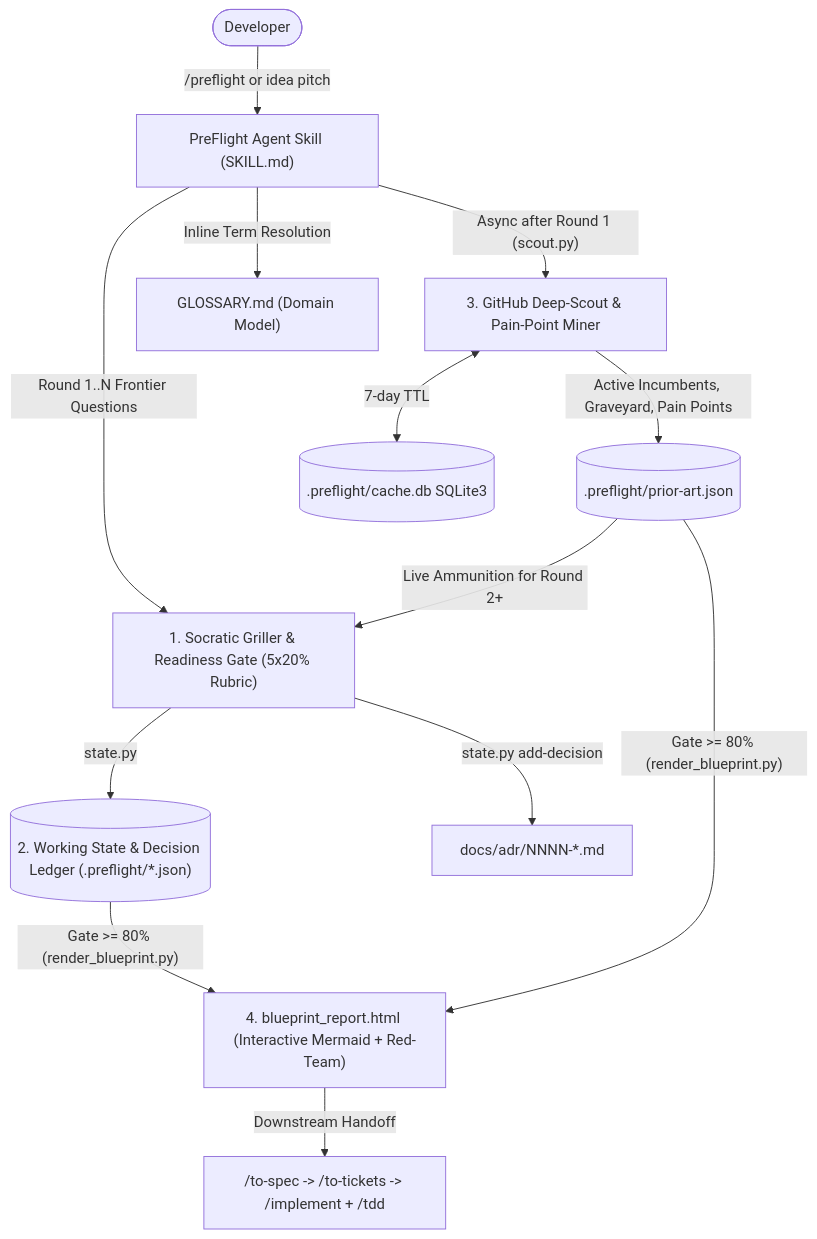
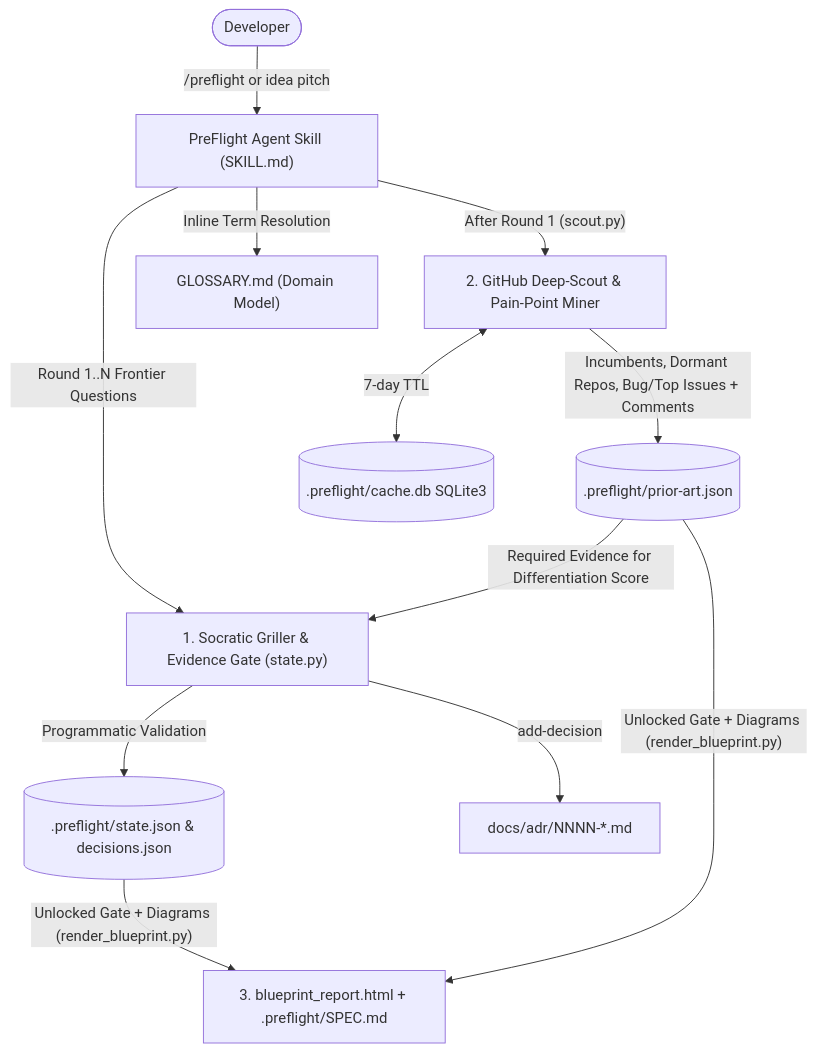
Before and after one commit to thilak15/preflight: the diagram in README.md, drawn with Mermaid. The commit also changed other lines of this file and 21 other files, not shown here.

Commit message:
feat: enforce evidence-based readiness gate, upgrade GitHub issue/comment mining, and add EdgeCron case study

````diff
--- a/README.md
+++ b/README.md
@@ -19,14 +24,13 @@
 ```mermaid
 flowchart TD
     Dev(["Developer"]) -->|"/preflight or idea pitch"| Skill["PreFlight Agent Skill (SKILL.md)"]
-    Skill -->|"Round 1..N Frontier Questions"| Griller["1. Socratic Griller & Readiness Gate (5x20% Rubric)"]
+    Skill -->|"Round 1..N Frontier Questions"| Griller["1. Socratic Griller & Evidence Gate (state.py)"]
     Skill -->|"Inline Term Resolution"| Glossary["GLOSSARY.md (Domain Model)"]
-    Griller -->|"state.py"| StateJSON[("2. Working State & Decision Ledger (.preflight/*.json)")]
-    Griller -->|"state.py add-decision"| ADRs["docs/adr/NNNN-*.md"]
-    Skill -->|"Async after Round 1 (scout.py)"| Scout["3. GitHub Deep-Scout & Pain-Point Miner"]
+    Griller -->|"Programmatic Validation"| StateJSON[(".preflight/state.json & decisions.json")]
+    Griller -->|"add-decision"| ADRs["docs/adr/NNNN-*.md"]
+    Skill -->|"After Round 1 (scout.py)"| Scout["2. GitHub Deep-Scout & Pain-Point Miner"]
     Scout <-->|"7-day TTL"| CacheDB[(".preflight/cache.db SQLite3")]
-    Scout -->|"Active Incumbents, Graveyard, Pain Points"| PriorArtJSON[(".preflight/prior-art.json")]
-    PriorArtJSON -->|"Live Ammunition for Round 2+"| Griller
-    StateJSON & PriorArtJSON -->|"Gate >= 80% (render_blueprint.py)"| Blueprint["4. blueprint_report.html (Interactive Mermaid + Red-Team)"]
-    Blueprint -->|"Downstream Handoff"| Downstream["/to-spec -> /to-tickets -> /implement + /tdd"]
+    Scout -->|"Incumbents, Dormant Repos, Bug/Top Issues + Comments"| PriorArtJSON[(".preflight/prior-art.json")]
+    PriorArtJSON -->|"Required Evidence for Differentiation Score"| Griller
+    StateJSON & PriorArtJSON -->|"Unlocked Gate + Diagrams (render_blueprint.py)"| Outputs["3. blueprint_report.html + .preflight/SPEC.md"]
 ```
````
